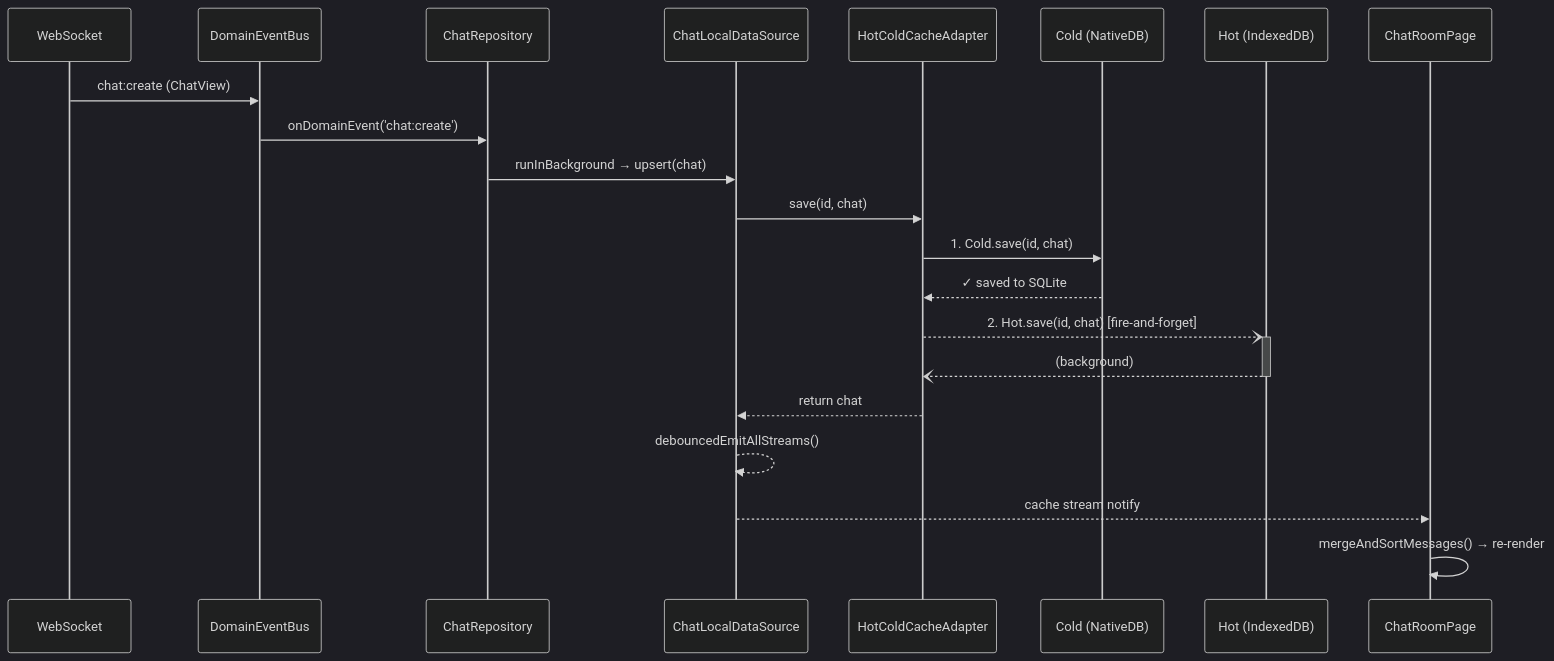
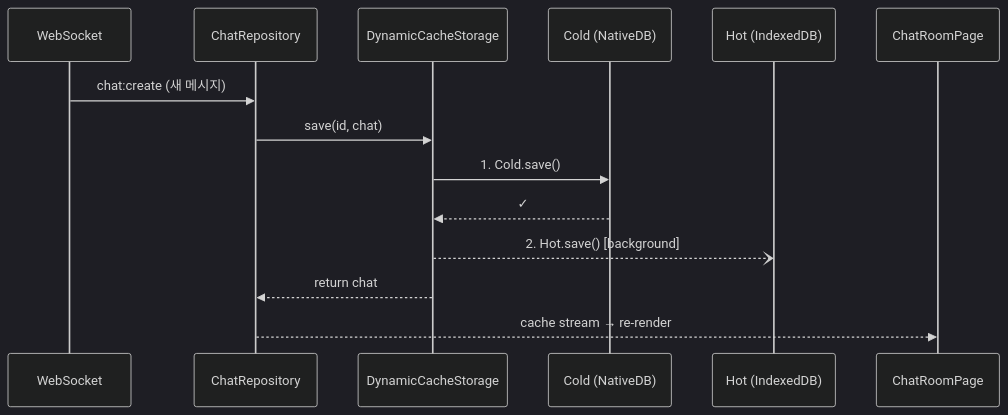
The sixth of 9 diagrams in docs/specs/cache/hot-cold-cache-strategy.md (lemoncloud-io/dou-app), drawn with Mermaid (dark theme) before and after one commit. The commit also changed other lines of this file, not shown here.

Commit message:
docs(cache): update hot-cold spec with DynamicCacheStorage naming and mermaid diagrams

````diff
--- a/docs/specs/cache/hot-cold-cache-strategy.md
+++ b/docs/specs/cache/hot-cold-cache-strategy.md
@@ -314,24 +248,17 @@
 ```mermaid
 sequenceDiagram
     participant WS as WebSocket
-    participant DEB as DomainEventBus
     participant CR as ChatRepository
-    participant LDS as ChatLocalDataSource
-    participant HC as HotColdCacheAdapter
+    participant DC as DynamicCacheStorage
     participant Cold as Cold (NativeDB)
     participant Hot as Hot (IndexedDB)
     participant UI as ChatRoomPage
 
-    WS->>DEB: chat:create (ChatView)
-    DEB->>CR: onDomainEvent('chat:create')
-    CR->>LDS: runInBackground → upsert(chat)
-    LDS->>HC: save(id, chat)
-    HC->>Cold: 1. Cold.save(id, chat)
-    Cold-->>HC: ✓ saved to SQLite
-    HC--)+Hot: 2. Hot.save(id, chat) [fire-and-forget]
-    Hot--)-HC: (background)
-    HC-->>LDS: return chat
-    LDS-->>LDS: debouncedEmitAllStreams()
-    LDS-->>UI: cache stream notify
-    UI->>UI: mergeAndSortMessages() → re-render
+    WS->>CR: chat:create (새 메시지)
+    CR->>DC: save(id, chat)
+    DC->>Cold: 1. Cold.save()
+    Cold-->>DC: ✓
+    DC--)Hot: 2. Hot.save() [background]
+    DC-->>CR: return chat
+    CR-->>UI: cache stream → re-render
 ```
````
